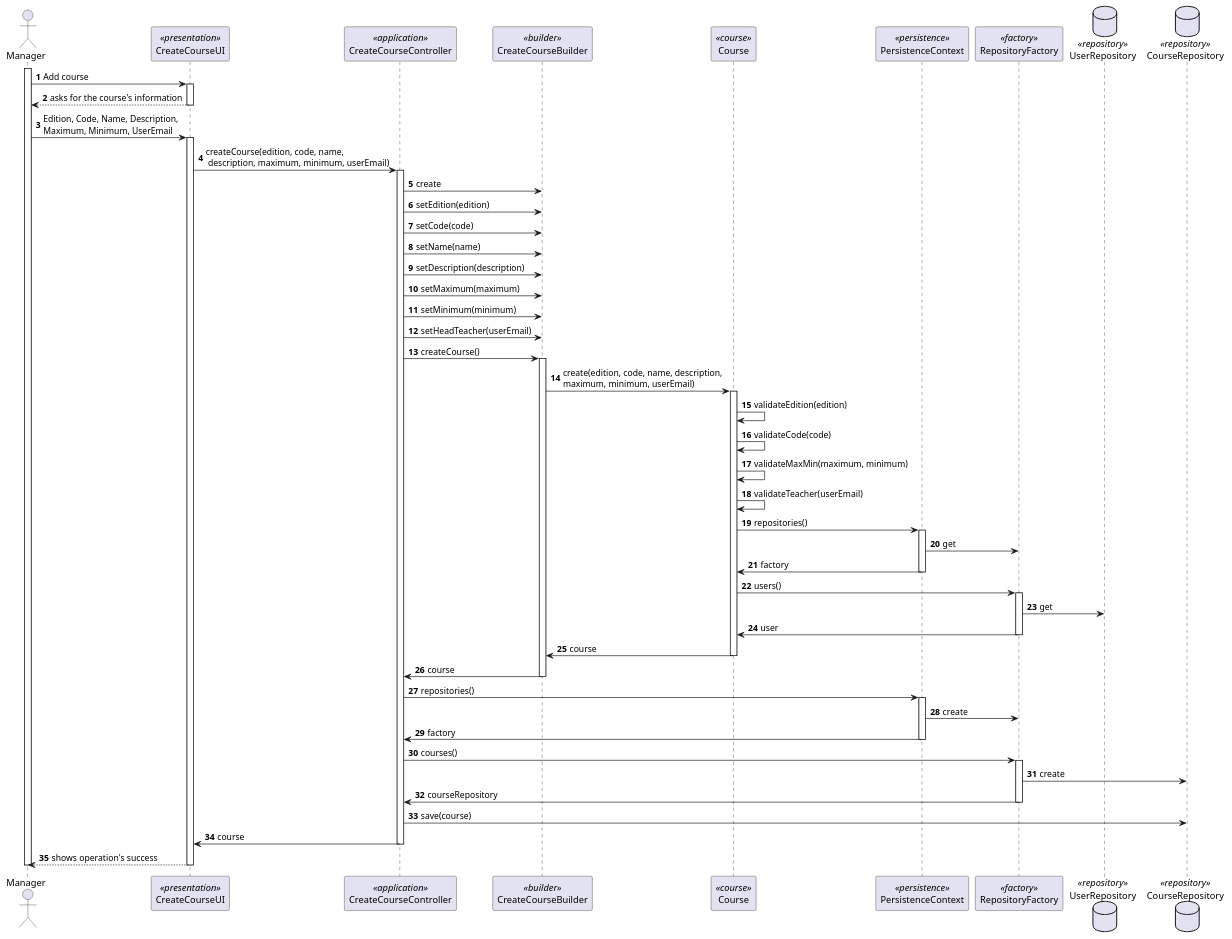
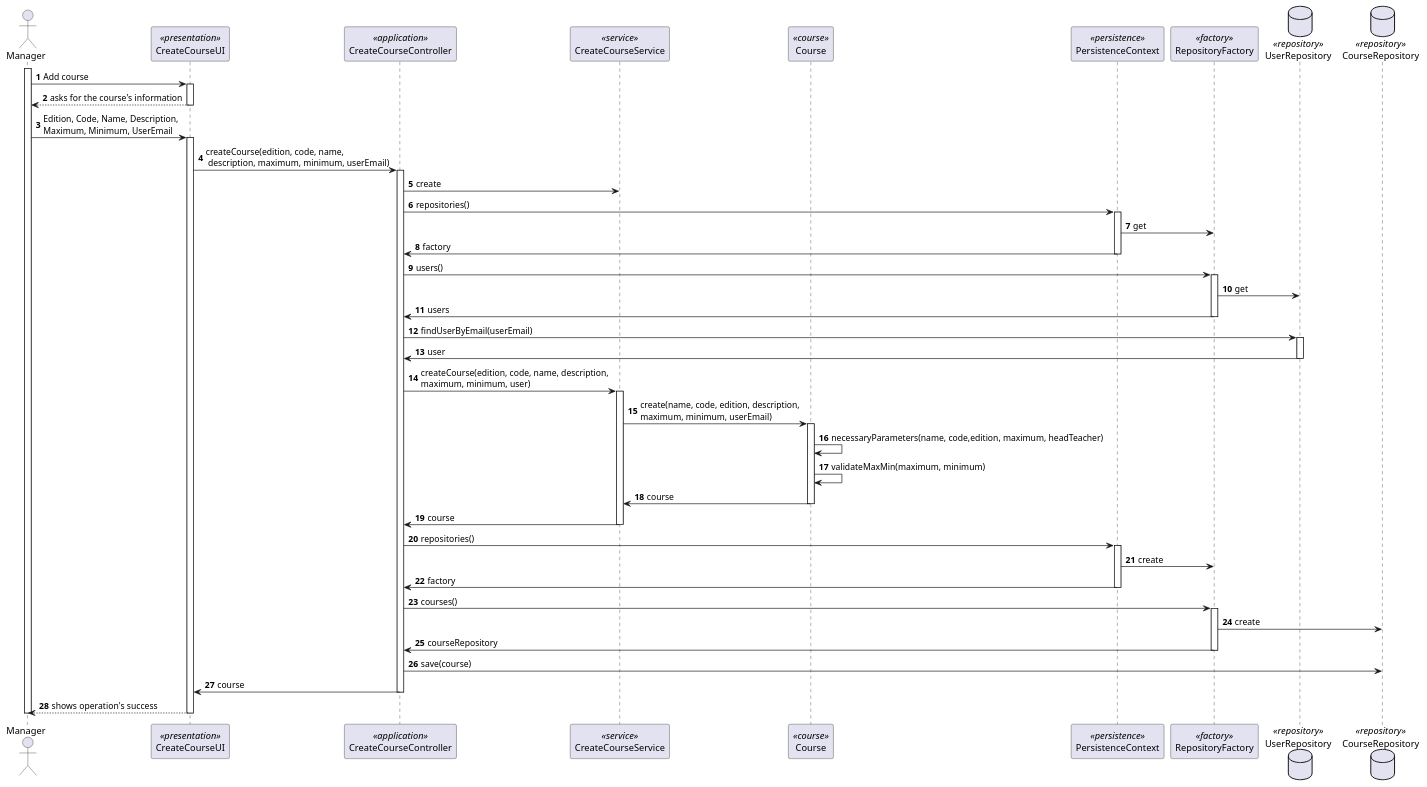
Before and after one commit to brunacosta03/sem4pi_22_23: the diagram in docs/SPRINT B/US_1002/SD/SD.puml, drawn with PlantUML. The commit also changed 1 other file, not shown here.

```diff
--- a/docs/SPRINT B/US_1002/SD/SD.puml
+++ b/docs/SPRINT B/US_1002/SD/SD.puml
@@ -1,129 +1,119 @@
 @startuml
 'https://plantuml.com/sequence-diagram
 
 autonumber
 
 
 actor Manager
 participant CreateCourseUI <<presentation>>
 participant CreateCourseController<<application>>
-participant CreateCourseBuilder<<builder>>
+participant CreateCourseService<<service>>
 participant Course<<course>>
 participant PersistenceContext<<persistence>>
 participant RepositoryFactory<<factory>>
 database UserRepository <<repository>>
 database CourseRepository <<repository>>
 
 activate Manager
 
 
 Manager -> CreateCourseUI: Add course
 
 activate CreateCourseUI
 
 CreateCourseUI --> Manager: asks for the course's information
 
 deactivate CreateCourseUI
 
 Manager -> CreateCourseUI : Edition, Code, Name, Description,\nMaximum, Minimum, UserEmail
 
 activate CreateCourseUI
 
 CreateCourseUI -> CreateCourseController: createCourse(edition, code, name,\n description, maximum, minimum, userEmail)
 
 activate CreateCourseController
 
-CreateCourseController -> CreateCourseBuilder: create
+CreateCourseController -> CreateCourseService: create
 
-CreateCourseController -> CreateCourseBuilder: setEdition(edition)
 
-CreateCourseController -> CreateCourseBuilder: setCode(code)
-
-CreateCourseController -> CreateCourseBuilder: setName(name)
-
-CreateCourseController -> CreateCourseBuilder: setDescription(description)
-
-CreateCourseController -> CreateCourseBuilder: setMaximum(maximum)
-
-CreateCourseController -> CreateCourseBuilder: setMinimum(minimum)
-
-CreateCourseController -> CreateCourseBuilder: setHeadTeacher(userEmail)
-
-CreateCourseController -> CreateCourseBuilder: createCourse()
-
-activate CreateCourseBuilder
-
-CreateCourseBuilder -> Course : create(edition, code, name, description,\nmaximum, minimum, userEmail)
-
-activate Course
-
-Course -> Course : validateEdition(edition)
-
-Course -> Course : validateCode(code)
-
-Course -> Course : validateMaxMin(maximum, minimum)
-
-Course -> Course : validateTeacher(userEmail)
-
-Course -> PersistenceContext : repositories()
+CreateCourseController -> PersistenceContext : repositories()
 
 activate PersistenceContext
 
 PersistenceContext -> RepositoryFactory : get
 
-PersistenceContext -> Course : factory
+PersistenceContext -> CreateCourseController : factory
 
 deactivate PersistenceContext
 
-Course -> RepositoryFactory : users()
+CreateCourseController -> RepositoryFactory : users()
 
 activate RepositoryFactory
 
 RepositoryFactory -> UserRepository : get
 
-RepositoryFactory -> Course : user
+RepositoryFactory -> CreateCourseController : users
 
 deactivate RepositoryFactory
 
+CreateCourseController -> UserRepository : findUserByEmail(userEmail)
 
-Course -> CreateCourseBuilder : course
+activate UserRepository
+
+UserRepository -> CreateCourseController : user
+
+deactivate UserRepository
+
+CreateCourseController -> CreateCourseService: createCourse(edition, code, name, description,\nmaximum, minimum, user)
+
+activate CreateCourseService
+
+CreateCourseService -> Course : create(name, code, edition, description,\nmaximum, minimum, userEmail)
+
+activate Course
+
+Course -> Course : necessaryParameters(name, code,edition, maximum, headTeacher)
+
+Course -> Course : validateMaxMin(maximum, minimum)
+
+Course -> CreateCourseService : course
 
 deactivate Course
 
-CreateCourseBuilder ->CreateCourseController : course
+CreateCourseService ->CreateCourseController : course
 
-deactivate CreateCourseBuilder
+deactivate CreateCourseService
 
 CreateCourseController -> PersistenceContext : repositories()
 
 activate PersistenceContext
 
 PersistenceContext -> RepositoryFactory : create
 
 PersistenceContext -> CreateCourseController : factory
 
 deactivate PersistenceContext
 
 CreateCourseController -> RepositoryFactory : courses()
 
 activate RepositoryFactory
 
 RepositoryFactory -> CourseRepository : create
 
 RepositoryFactory -> CreateCourseController : courseRepository
 
 deactivate RepositoryFactory
 
 CreateCourseController -> CourseRepository : save(course)
 
 CreateCourseController -> CreateCourseUI : course
 
 deactivate CreateCourseController
 
 CreateCourseUI --> Manager : shows operation's success
 
 deactivate CreateCourseUI
 
 deactivate Manager
 
 @enduml
```
